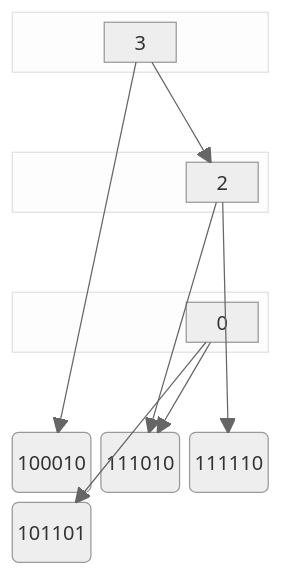
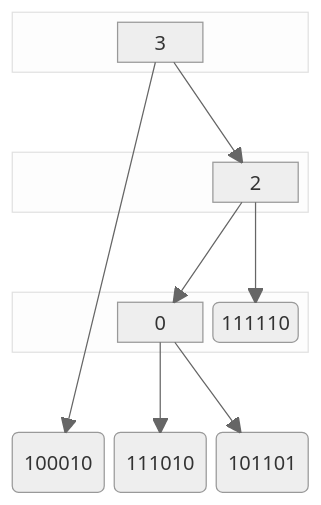
Before and after one commit to BenhurUFSM/pod26b: the seventh of 7 diagrams in Assuntos/busca-trie.md, drawn with Mermaid (neutral theme).

````diff
--- a/Assuntos/busca-trie.md
+++ b/Assuntos/busca-trie.md
@@ -123,26 +123,26 @@
 ```mermaid
 block
 columns 3
   block:g1:3
     columns 3
     space 3["3"] space
   end
   space:3
   block:g2:3
     columns 3
     space space 2["2"]
   end
   space:3
   block:g3:3
     columns 3
-    space space 0["0"]
+    space 0["0"] d("111110")
   end
   space:3
-  a("100010") b("111010") d("111110") c("101101")
+  a("100010") b("111010") c("101101")
   3-->a
   3-->2
   0-->b
   0-->c
-  2-->b
+  2-->0
   2-->d
 ```
````
